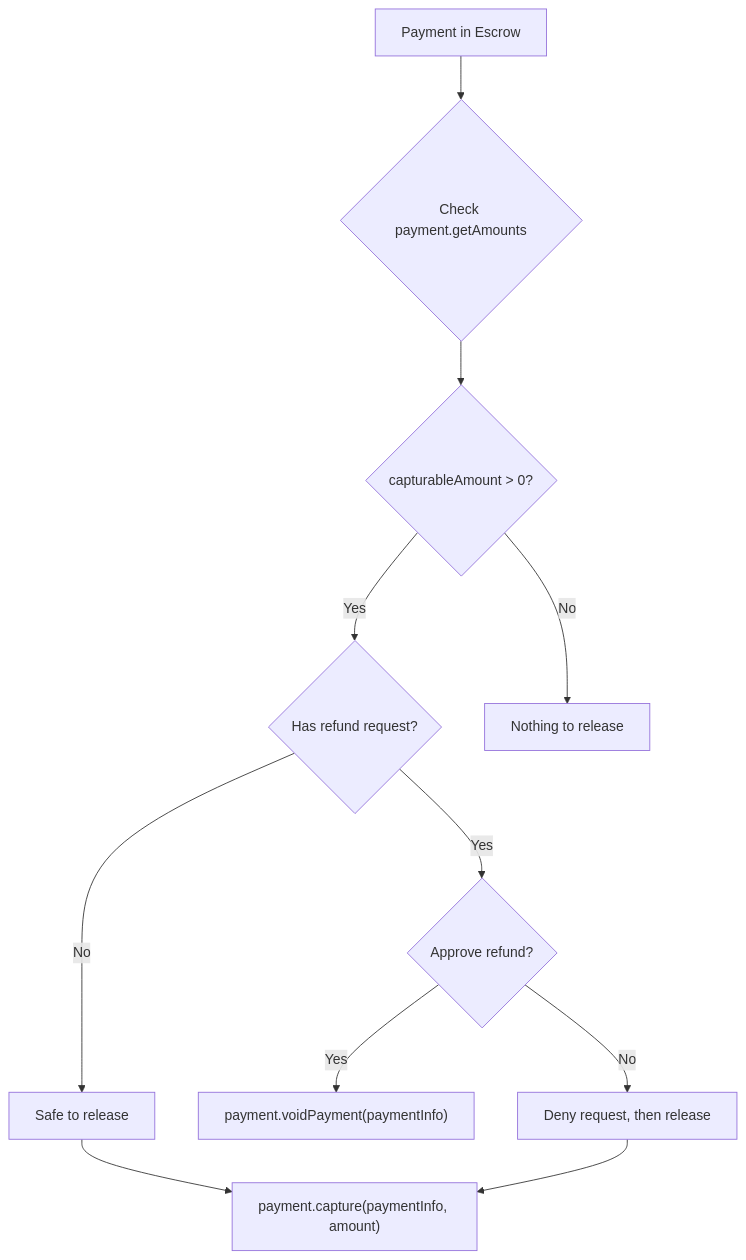
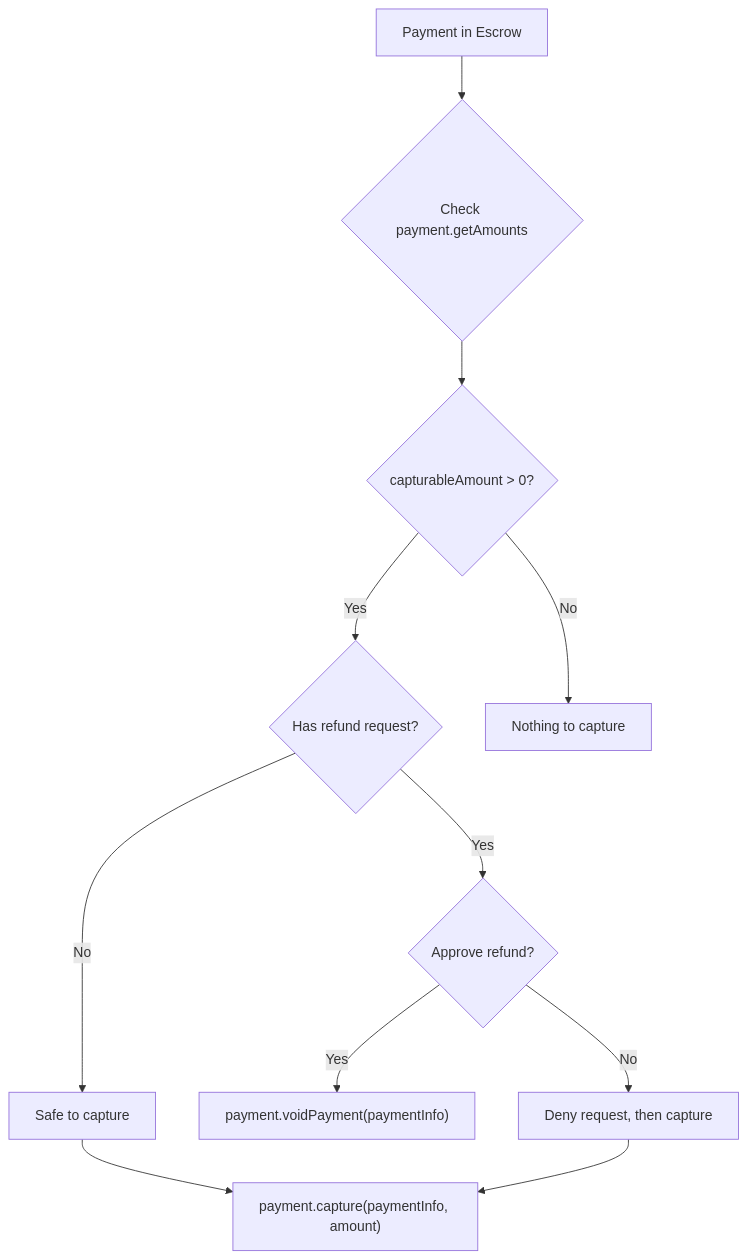
One commit to BackTrackCo/docs changed the diagram in sdk/merchant/payment-operations.mdx. Above: the diagram before and after it, drawn with Mermaid. The commit also changed other lines of this file and 51 other files, not shown here.

````diff
--- a/sdk/merchant/payment-operations.mdx
+++ b/sdk/merchant/payment-operations.mdx
@@ -172,13 +172,13 @@
 ```mermaid
 flowchart TD
     A[Payment in Escrow] --> B{Check payment.getAmounts}
     B --> C{capturableAmount > 0?}
     C -->|Yes| D{Has refund request?}
-    C -->|No| E[Nothing to release]
-    D -->|No| F[Safe to release]
+    C -->|No| E[Nothing to capture]
+    D -->|No| F[Safe to capture]
     D -->|Yes| G{Approve refund?}
     F --> H["payment.capture(paymentInfo, amount)"]
     G -->|Yes| I["payment.voidPayment(paymentInfo)"]
-    G -->|No| J[Deny request, then release]
+    G -->|No| J[Deny request, then capture]
     J --> H
 ```
````
